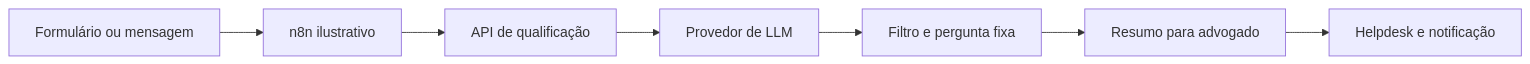
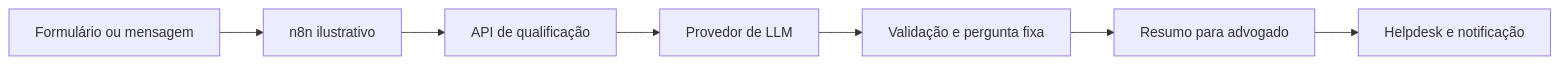
One commit to dbezerra95/portfolio-automacao-ia changed the diagram in lead-qualifier-agent/README.md. Above: the diagram before and after it, drawn with Mermaid. The commit also changed other lines of this file and 79 other files, not shown here.

````diff
--- a/lead-qualifier-agent/README.md
+++ b/lead-qualifier-agent/README.md
@@ -19,9 +19,9 @@
 ```mermaid
 flowchart LR
     A[Formulário ou mensagem] --> B[n8n ilustrativo]
     B --> C[API de qualificação]
     C --> D[Provedor de LLM]
-    D --> E[Filtro e pergunta fixa]
+    D --> E[Validação e pergunta fixa]
     E --> F[Resumo para advogado]
     F --> G[Helpdesk e notificação]
 ```
````
